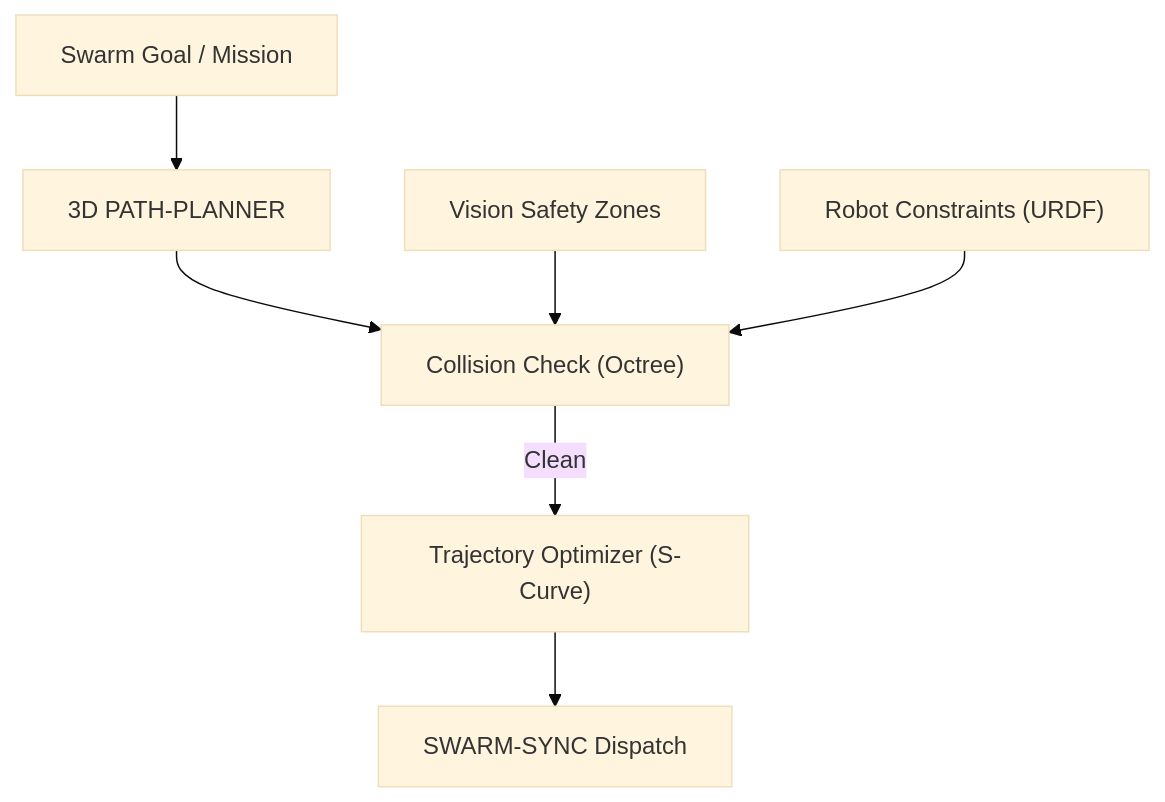
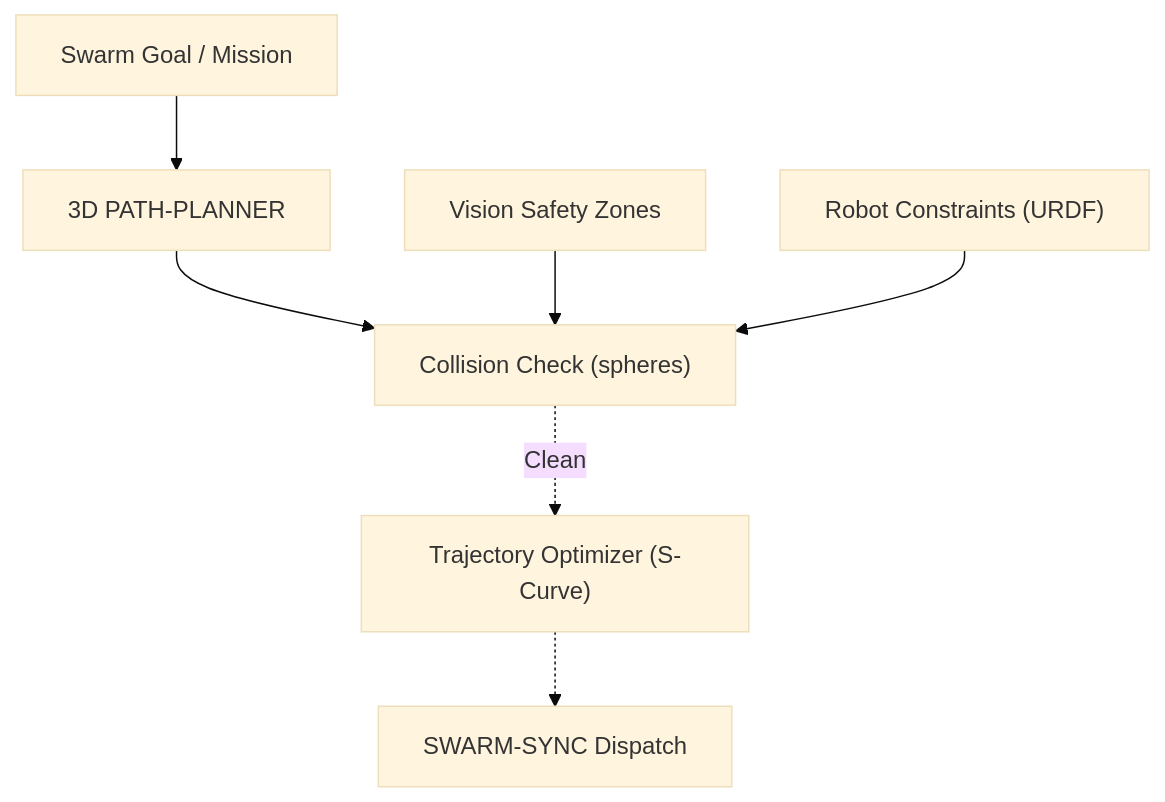
One commit to JuanenRac/HYDRA-UMC-PATH-PLANNER-3D changed the diagram in README.md. Above: the diagram before and after it, drawn with Mermaid (base theme). The commit also changed other lines of this file and 20 other files, not shown here.

````diff
--- a/README.md
+++ b/README.md
@@ -39,9 +40,9 @@
 ```mermaid
 flowchart TB
     GOAL["Swarm Goal / Mission"] --> PLAN["3D PATH-PLANNER"]
-    PLAN --> COLL["Collision Check (Octree)"]
+    PLAN --> COLL["Collision Check (spheres)"]
     VIS["Vision Safety Zones"] --> COLL
     TWIN["Robot Constraints (URDF)"] --> COLL
-    COLL -- Clean --> OPT["Trajectory Optimizer (S-Curve)"]
-    OPT --> SYNC["SWARM-SYNC Dispatch"]
+    COLL -. Clean .-> OPT["Trajectory Optimizer (S-Curve)"]
+    OPT -.-> SYNC["SWARM-SYNC Dispatch"]
 ```
````
